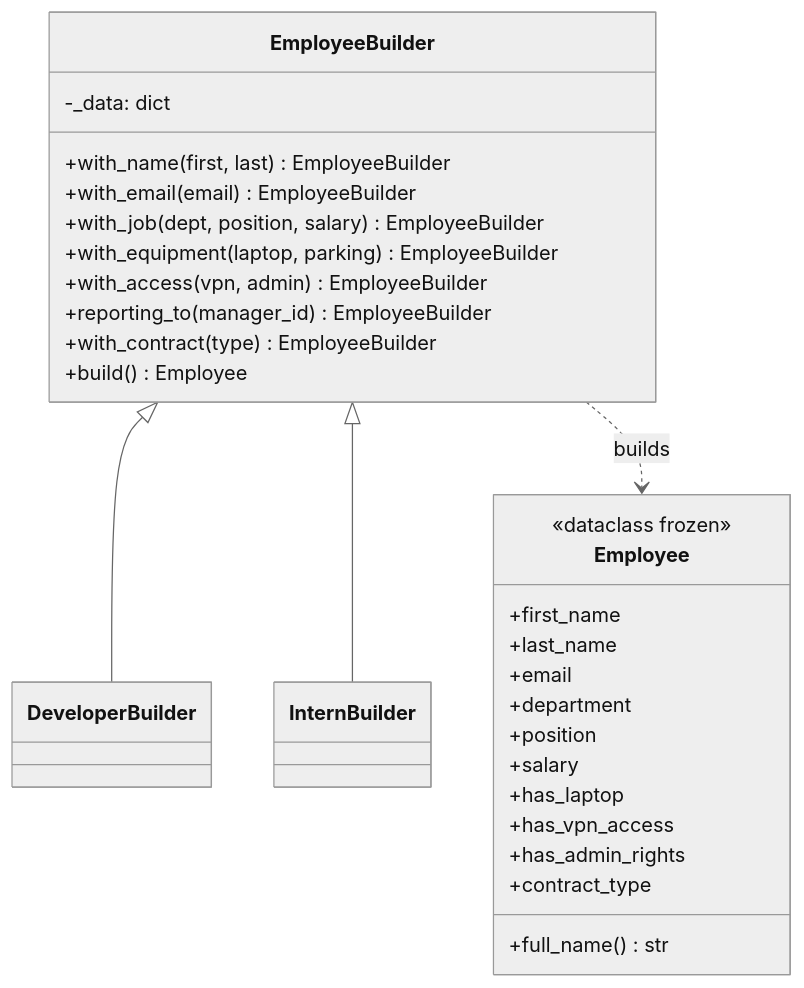
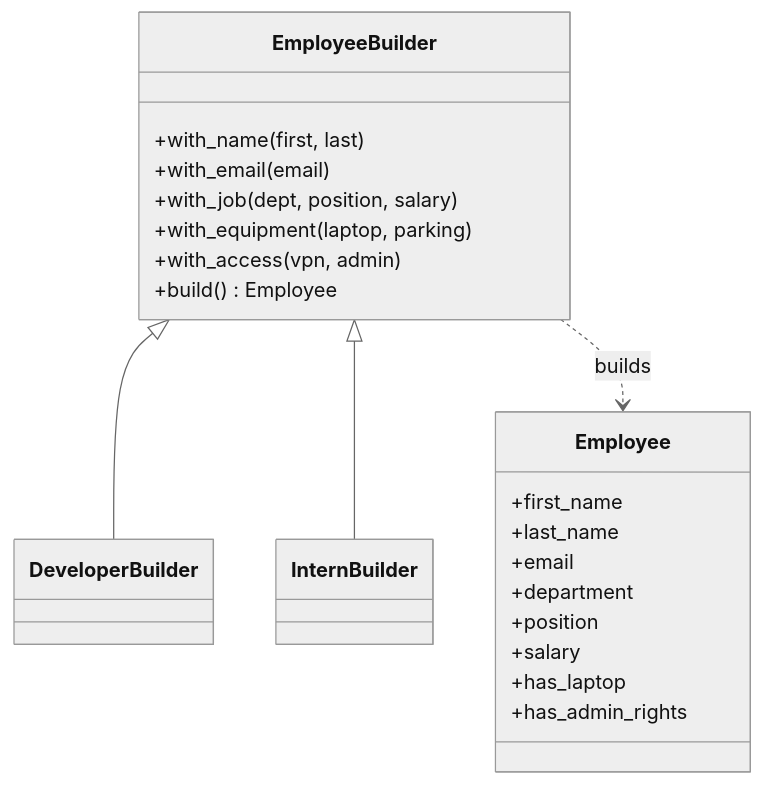
Before and after one commit to mathislepoutre1/oop-python-exercises: the second of 7 diagrams in 05-design-patterns/README.md, drawn with Mermaid (neutral theme). The commit also changed other lines of this file and 8 other files, not shown here.

````diff
--- a/05-design-patterns/README.md
+++ b/05-design-patterns/README.md
@@ -62,33 +47,26 @@
 ```mermaid
 classDiagram
     class Employee {
-        <<dataclass frozen>>
         +first_name
         +last_name
         +email
         +department
         +position
         +salary
         +has_laptop
-        +has_vpn_access
         +has_admin_rights
-        +contract_type
-        +full_name() str
     }
     class EmployeeBuilder {
-        -_data: dict
-        +with_name(first, last) EmployeeBuilder
-        +with_email(email) EmployeeBuilder
-        +with_job(dept, position, salary) EmployeeBuilder
-        +with_equipment(laptop, parking) EmployeeBuilder
-        +with_access(vpn, admin) EmployeeBuilder
-        +reporting_to(manager_id) EmployeeBuilder
-        +with_contract(type) EmployeeBuilder
+        +with_name(first, last)
+        +with_email(email)
+        +with_job(dept, position, salary)
+        +with_equipment(laptop, parking)
+        +with_access(vpn, admin)
         +build() Employee
     }
     class DeveloperBuilder
     class InternBuilder
     EmployeeBuilder <|-- DeveloperBuilder
     EmployeeBuilder <|-- InternBuilder
     EmployeeBuilder ..> Employee : builds
 ```
````
